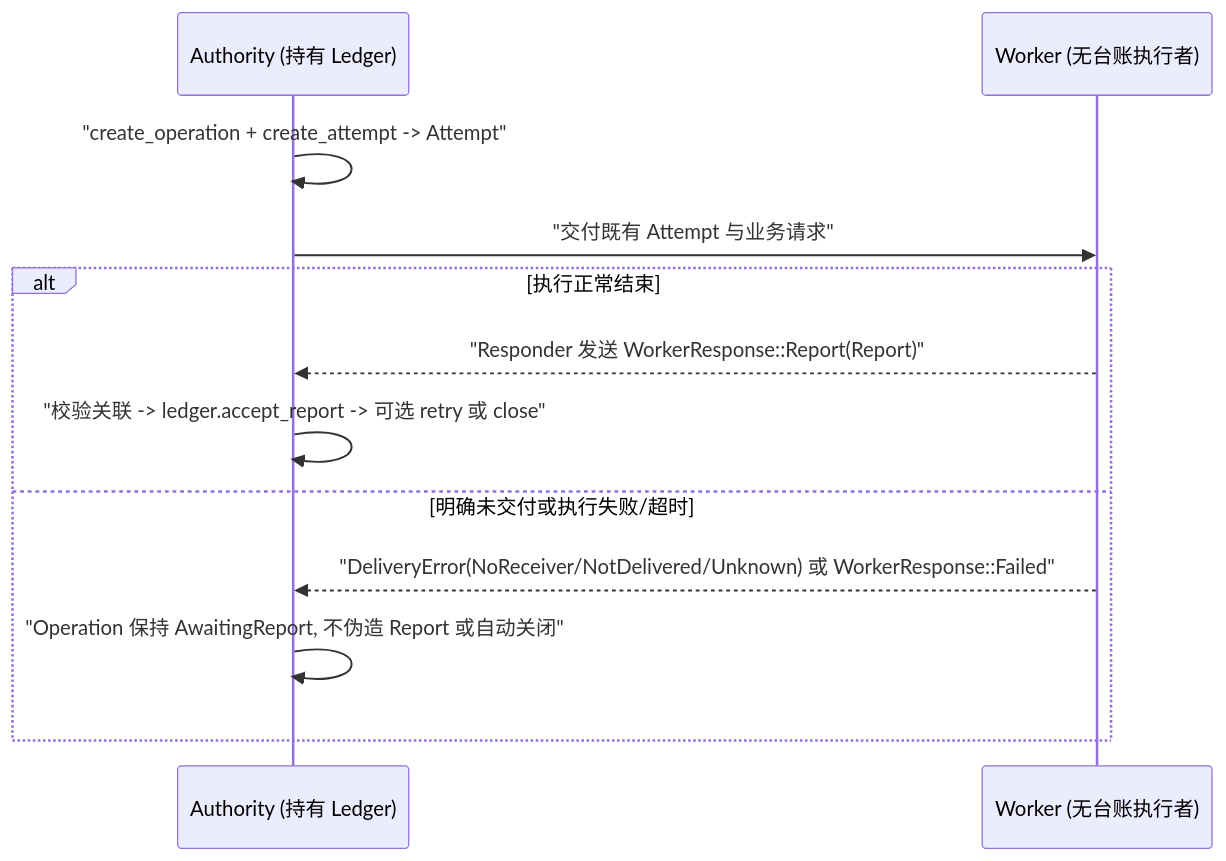
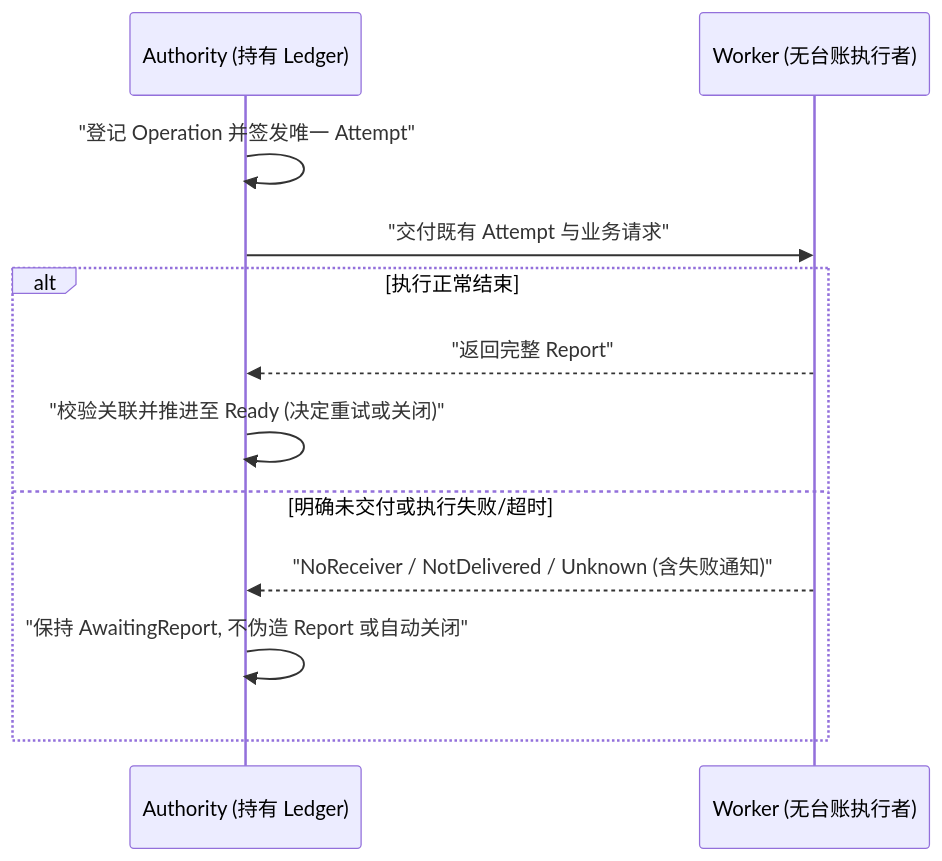
The first of 2 diagrams in spec/03-roles.md (Everfold/Beamlet), drawn with Mermaid before and after one commit. The commit also changed other lines of this file and 10 other files, not shown here.

````diff
--- a/spec/03-roles.md
+++ b/spec/03-roles.md
@@ -8,15 +8,15 @@
 ```mermaid
 sequenceDiagram
     participant A as Authority (持有 Ledger)
     participant W as Worker (无台账执行者)
 
-    A->>A: "create_operation + create_attempt -> Attempt"
+    A->>A: "登记 Operation 并签发唯一 Attempt"
     A->>W: "交付既有 Attempt 与业务请求"
     alt 执行正常结束
-        W-->>A: "Responder 发送 WorkerResponse::Report(Report)"
-        A->>A: "校验关联 -> ledger.accept_report -> 可选 retry 或 close"
+        W-->>A: "返回完整 Report"
+        A->>A: "校验关联并推进至 Ready (决定重试或关闭)"
     else 明确未交付或执行失败/超时
-        W-->>A: "DeliveryError(NoReceiver/NotDelivered/Unknown) 或 WorkerResponse::Failed"
-        A->>A: "Operation 保持 AwaitingReport, 不伪造 Report 或自动关闭"
+        W-->>A: "NoReceiver / NotDelivered / Unknown (含失败通知)"
+        A->>A: "保持 AwaitingReport, 不伪造 Report 或自动关闭"
     end
 ```
````
